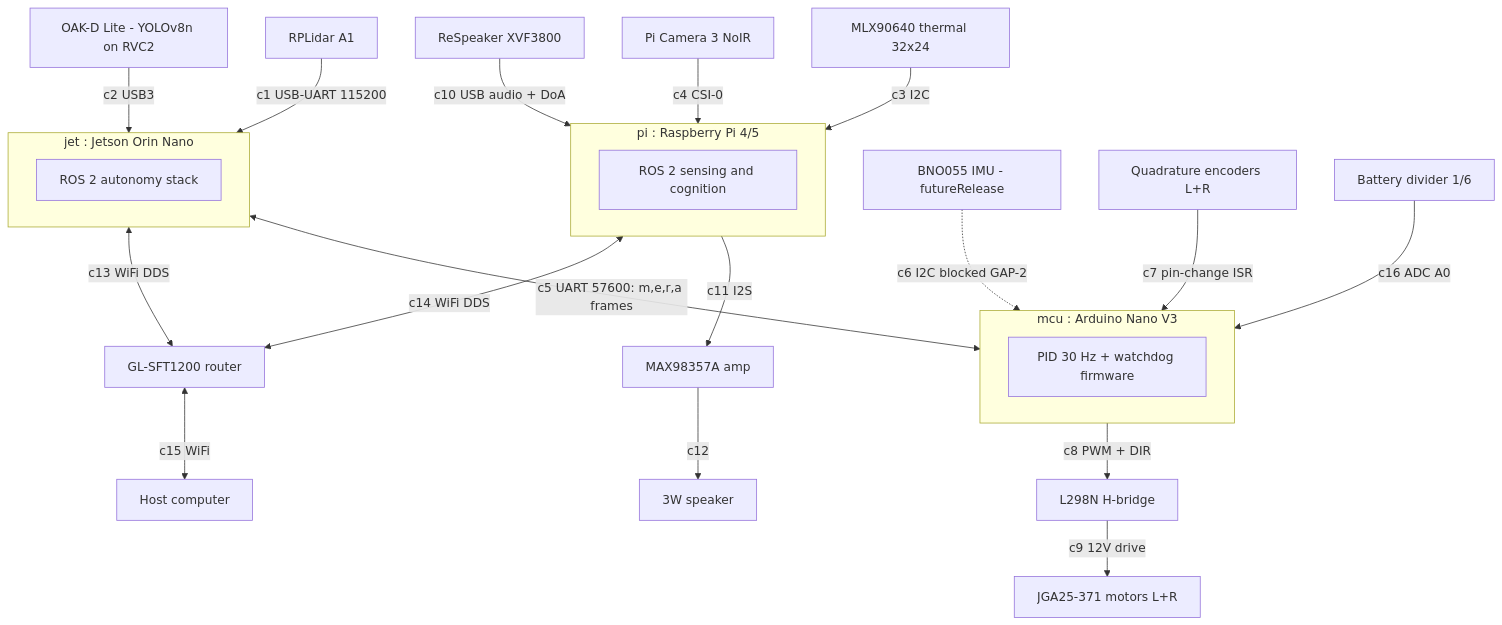
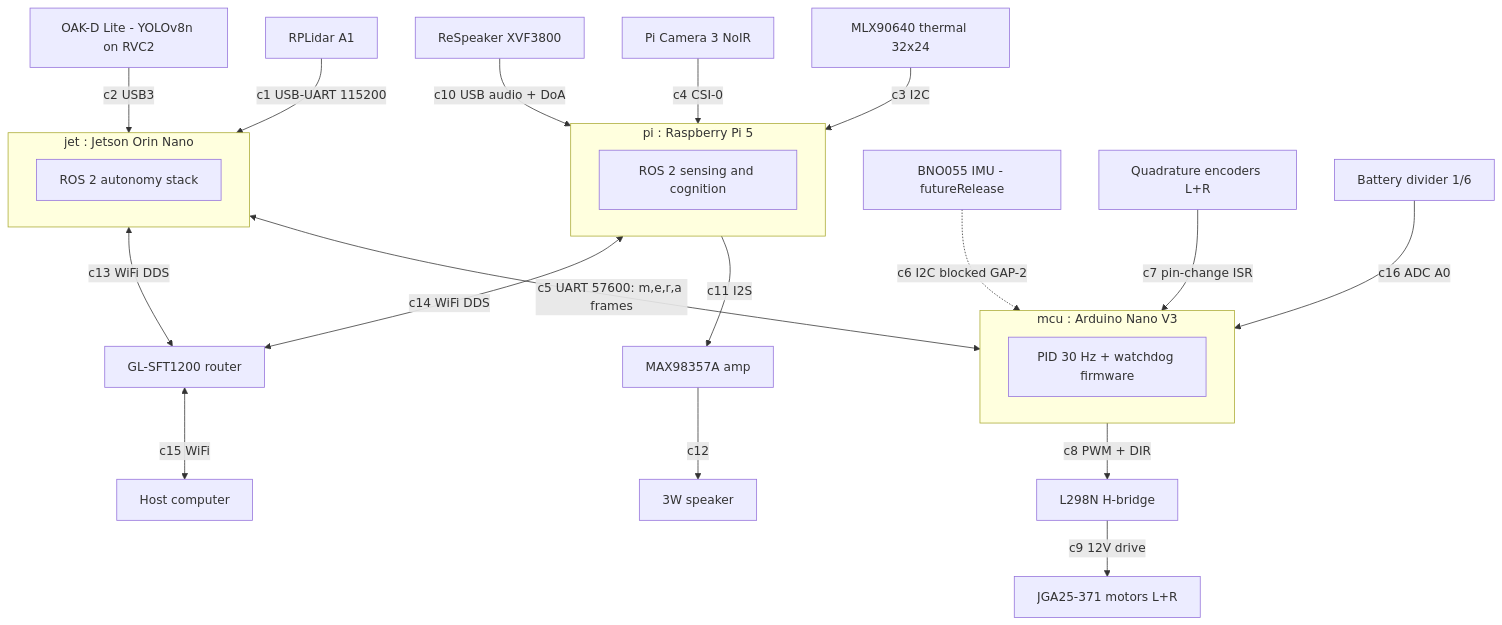
One commit to sean-mackenzie/billie-bot-claude changed the second of 14 diagrams in docs/md/MBSE_SYSTEM_DECOMPOSITION.md. Above: the diagram before and after it, drawn with Mermaid. The commit also changed other lines of this file and 7 other files, not shown here.

````diff
--- a/docs/md/MBSE_SYSTEM_DECOMPOSITION.md
+++ b/docs/md/MBSE_SYSTEM_DECOMPOSITION.md
@@ -486,27 +486,27 @@
 ```mermaid
 flowchart TB
     subgraph JET["jet : Jetson Orin Nano"]
         JROS["ROS 2 autonomy stack"]
     end
-    subgraph PI["pi : Raspberry Pi 4/5"]
+    subgraph PI["pi : Raspberry Pi 5"]
         PROS["ROS 2 sensing and cognition"]
     end
     subgraph MCU["mcu : Arduino Nano V3"]
         FW["PID 30 Hz + watchdog firmware"]
     end
     LIDAR["RPLidar A1"] -- "c1 USB-UART 115200" --> JET
     OAKD["OAK-D Lite - YOLOv8n on RVC2"] -- "c2 USB3" --> JET
     THERM["MLX90640 thermal 32x24"] -- "c3 I2C" --> PI
     NOIR["Pi Camera 3 NoIR"] -- "c4 CSI-0" --> PI
     MIC["ReSpeaker XVF3800"] -- "c10 USB audio + DoA" --> PI
     IMU["BNO055 IMU - futureRelease"] -. "c6 I2C blocked GAP-2" .-> MCU
     JET <-- "c5 UART 57600: m,e,r,a frames" --> MCU
     ENC["Quadrature encoders L+R"] -- "c7 pin-change ISR" --> MCU
     MCU -- "c8 PWM + DIR" --> HB["L298N H-bridge"]
     HB -- "c9 12V drive" --> MOT["JGA25-371 motors L+R"]
     PI -- "c11 I2S" --> AMP["MAX98357A amp"] -- "c12" --> SPK["3W speaker"]
     VSENSE["Battery divider 1/6"] -- "c16 ADC A0" --> MCU
     JET <-- "c13 WiFi DDS" --> RTR["GL-SFT1200 router"]
     PI <-- "c14 WiFi DDS" --> RTR
     RTR <-- "c15 WiFi" --> HOST["Host computer"]
 ```
````
